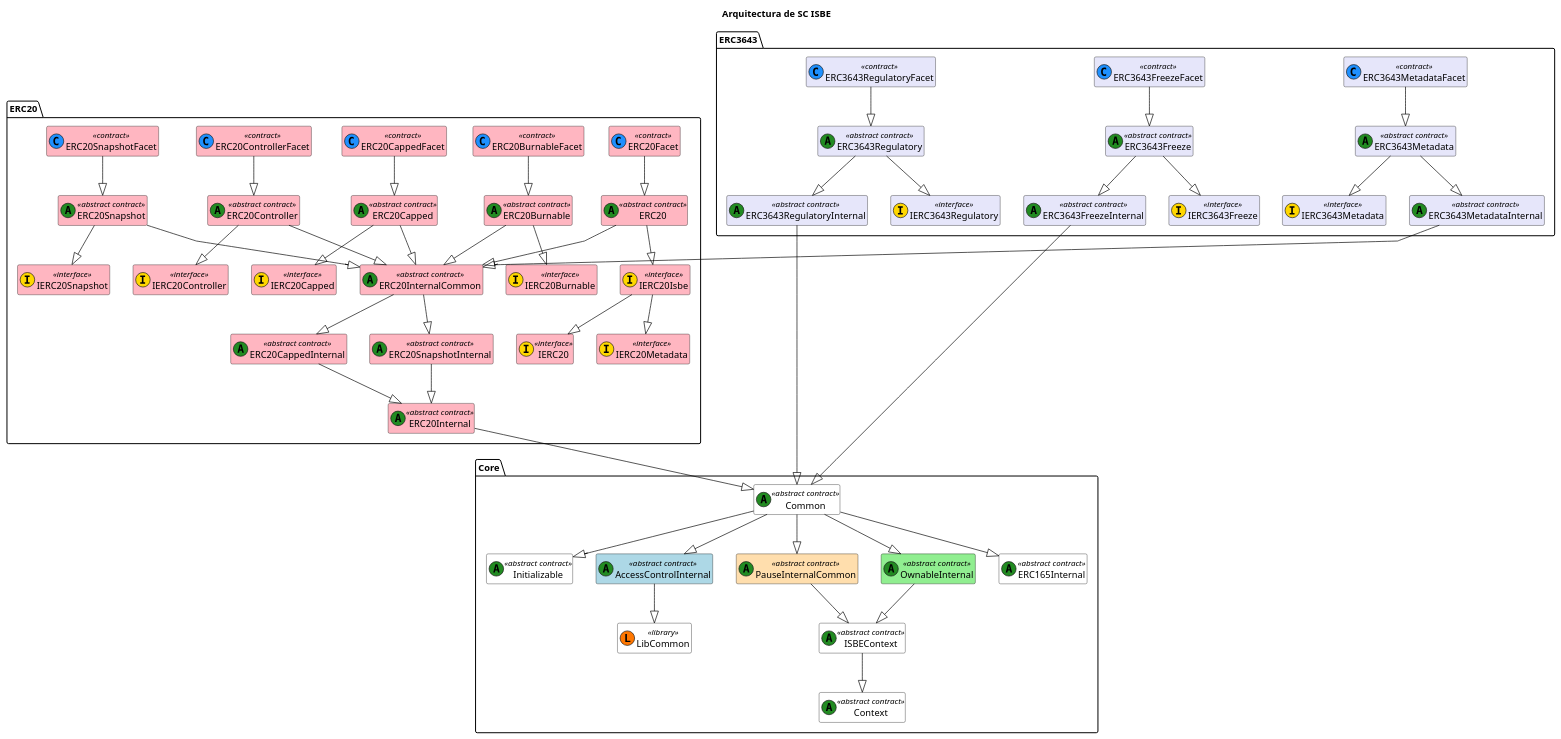
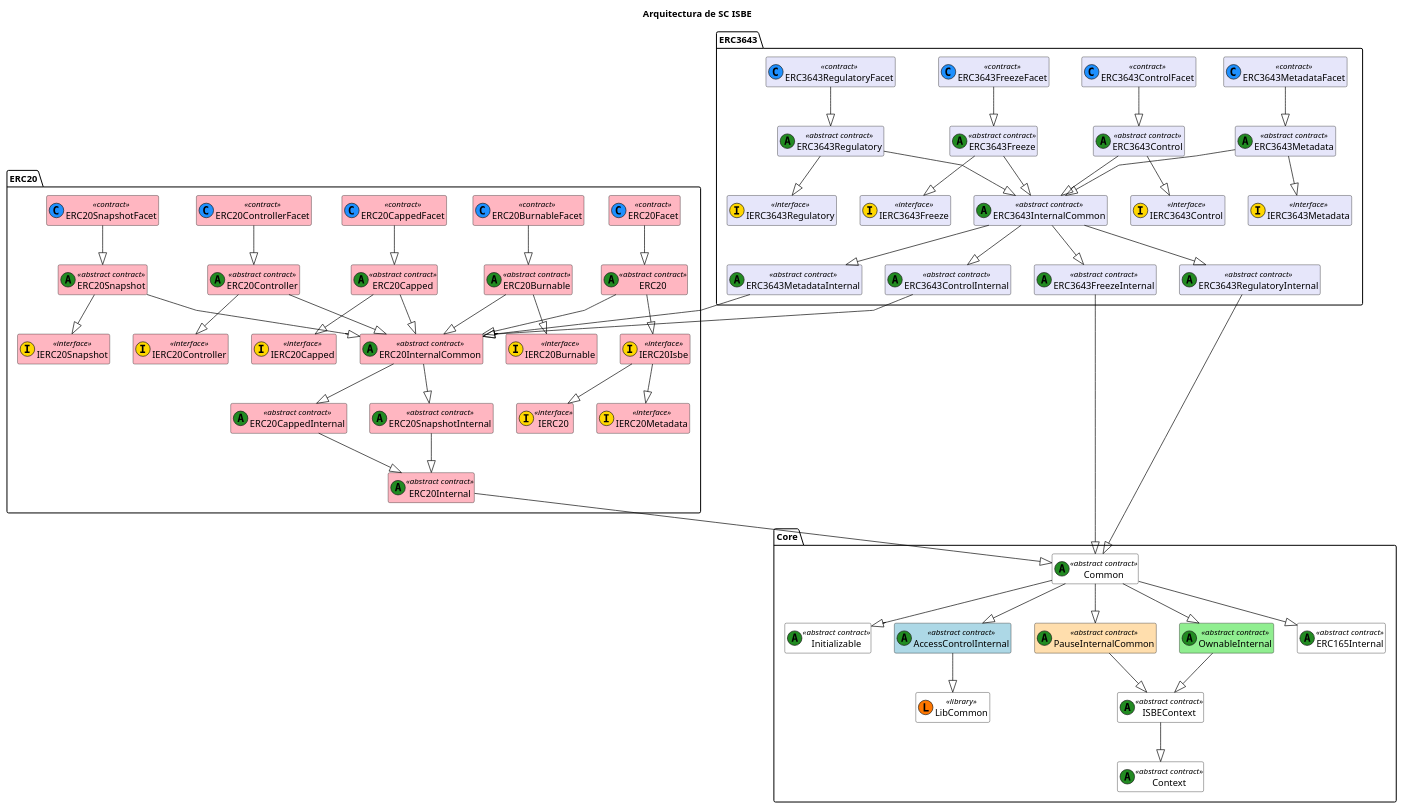
One commit to red-isbe/isbe-contracts changed the diagram in docs/diagrams/ISBE-SC-UML-Global-Functional_3.puml. Above: the diagram before and after it, drawn with PlantUML. The commit also changed 6 other files, not shown here.

Commit message:
Update metadata,regulatory and freeze to extend from erc3643internalcommon

```diff
--- a/docs/diagrams/ISBE-SC-UML-Global-Functional_3.puml
+++ b/docs/diagrams/ISBE-SC-UML-Global-Functional_3.puml
@@ -1,131 +1,149 @@
 @startuml
 title Arquitectura de SC ISBE
 
 skinparam class {
     BackgroundColor White
     ArrowColor Black
     BorderColor Black
 }
 skinparam linetype polyline
 hide empty members
 
 ' === CORE ===
 package "Core" {
     class Initializable <<(A,#228b22) abstract contract>>
     class Common <<(A,#228b22) abstract contract>>
     class LibCommon << (L,#FF7700) library >>
     class ISBEContext <<(A,#228b22) abstract contract>>
     class AccessControlInternal <<(A,#228b22) abstract contract>> #lightblue
     class PauseInternalCommon <<(A,#228b22) abstract contract>> #FFDEAD
     class OwnableInternal <<(A,#228b22) abstract contract>> #lightgreen
     class ERC165Internal <<(A,#228b22) abstract contract>>
     class Context <<(A,#228b22) abstract contract>>
 
     Common --|> Initializable
     Common --|> ERC165Internal
     Common --|> AccessControlInternal
     Common --|> OwnableInternal
     Common --|> PauseInternalCommon
     PauseInternalCommon --|> ISBEContext
     OwnableInternal --|> ISBEContext
     ISBEContext --|> Context
     AccessControlInternal --|> LibCommon
 }
 
 
 ' === ERC20 ===
 package "ERC20" {
     class IERC20 <<(I,#FFD700) interface>> #FFB6C1
     class IERC20Metadata <<(I,#FFD700) interface>> #FFB6C1
     class IERC20Isbe <<(I,#FFD700) interface>> #FFB6C1
     class IERC20Burnable <<(I,#FFD700) interface>> #FFB6C1
     class IERC20Capped <<(I,#FFD700) interface>> #FFB6C1
     class IERC20Controller <<(I,#FFD700) interface>> #FFB6C1
     class IERC20Snapshot <<(I,#FFD700) interface>> #FFB6C1
 
     class ERC20 <<(A,#228B22) abstract contract>> #FFB6C1
     class ERC20Facet <<(C,#1E90FF) contract>> #FFB6C1
     class ERC20Internal <<(A,#228B22) abstract contract>> #FFB6C1
     class ERC20InternalCommon <<(A,#228B22) abstract contract>> #FFB6C1
 
     class ERC20Burnable <<(A,#228B22) abstract contract>> #FFB6C1
     class ERC20BurnableFacet <<(C,#1E90FF) contract>> #FFB6C1
 
     class ERC20Capped <<(A,#228B22) abstract contract>> #FFB6C1
     class ERC20CappedFacet <<(C,#1E90FF) contract>> #FFB6C1
     class ERC20CappedInternal <<(A,#228B22) abstract contract>> #FFB6C1
 
     class ERC20Controller <<(A,#228B22) abstract contract>> #FFB6C1
     class ERC20ControllerFacet <<(C,#1E90FF) contract>> #FFB6C1
 
     class ERC20Snapshot <<(A,#228B22) abstract contract>> #FFB6C1
     class ERC20SnapshotFacet <<(C,#1E90FF) contract>> #FFB6C1
     class ERC20SnapshotInternal <<(A,#228B22) abstract contract>> #FFB6C1
 
     ERC20 --|> IERC20Isbe
     IERC20Isbe --|> IERC20
     IERC20Isbe --|> IERC20Metadata
     ERC20 --|> ERC20InternalCommon
     ERC20InternalCommon --|> ERC20SnapshotInternal
     ERC20InternalCommon --|> ERC20CappedInternal
     ERC20Internal --|> Common
     ERC20Facet --|> ERC20
 
     ERC20Burnable --|> IERC20Burnable
     ERC20Burnable --|> ERC20InternalCommon
     ERC20BurnableFacet --|> ERC20Burnable
 
     ERC20Capped --|> IERC20Capped
     ERC20Capped --|> ERC20InternalCommon
     ERC20CappedFacet --|> ERC20Capped
     ERC20CappedInternal --|> ERC20Internal
 
     ERC20Controller --|> IERC20Controller
     ERC20Controller --|> ERC20InternalCommon
     ERC20ControllerFacet --|> ERC20Controller
 
     ERC20Snapshot --|> IERC20Snapshot
     ERC20Snapshot --|> ERC20InternalCommon
     ERC20SnapshotFacet --|> ERC20Snapshot
     ERC20SnapshotInternal --|> ERC20Internal
 }
 
 ' === ERC3643 ===
 package "ERC3643" {
 
+    class ERC3643InternalCommon <<(A,#228B22) abstract contract>> #E6E6FA
+
+
     ' --- Metadata ---
     class IERC3643Metadata <<(I,#FFD700) interface>> #E6E6FA
     class ERC3643MetadataInternal <<(A,#228B22) abstract contract>> #E6E6FA
     class ERC3643Metadata <<(A,#228B22) abstract contract>> #E6E6FA
     class ERC3643MetadataFacet <<(C,#1E90FF) contract>> #E6E6FA
 
+    ERC3643MetadataFacet --|> ERC3643Metadata 
     ERC3643Metadata --|> IERC3643Metadata 
-    ERC3643Metadata --|> ERC3643MetadataInternal 
-    ERC3643MetadataFacet --|> ERC3643Metadata 
+    ERC3643Metadata --|> ERC3643InternalCommon    
+    ERC3643InternalCommon --|> ERC3643MetadataInternal 
     ERC3643MetadataInternal --|> ERC20InternalCommon 
+
+    ' --- Control ---
+    class IERC3643Control <<(I,#FFD700) interface>> #E6E6FA
+    class ERC3643ControlInternal <<(A,#228B22) abstract contract>> #E6E6FA
+    class ERC3643Control <<(A,#228B22) abstract contract>> #E6E6FA
+    class ERC3643ControlFacet <<(C,#1E90FF) contract>> #E6E6FA
+
+    ERC3643ControlFacet --|> ERC3643Control
+    ERC3643Control --|> IERC3643Control 
+    ERC3643Control --|> ERC3643InternalCommon    
+    ERC3643InternalCommon --|> ERC3643ControlInternal 
+    ERC3643ControlInternal --|> ERC20InternalCommon 
 
     ' --- Freeze ---
     class IERC3643Freeze <<(I,#FFD700) interface>> #E6E6FA
     class ERC3643FreezeInternal <<(A,#228B22) abstract contract>> #E6E6FA
     class ERC3643Freeze <<(A,#228B22) abstract contract>> #E6E6FA
     class ERC3643FreezeFacet <<(C,#1E90FF) contract>> #E6E6FA
 
+    ERC3643FreezeFacet --|> ERC3643Freeze
     ERC3643Freeze --|> IERC3643Freeze
-    ERC3643Freeze --|> ERC3643FreezeInternal
-    ERC3643FreezeFacet --|> ERC3643Freeze
+    ERC3643Freeze --|> ERC3643InternalCommon    
+    ERC3643InternalCommon --|> ERC3643FreezeInternal
     ERC3643FreezeInternal --|> Common
     
     ' --- Regulatory Infrastructure ---
     class IERC3643Regulatory <<(I,#FFD700) interface>> #E6E6FA
     class ERC3643RegulatoryInternal <<(A,#228B22) abstract contract>> #E6E6FA
     class ERC3643Regulatory <<(A,#228B22) abstract contract>> #E6E6FA
     class ERC3643RegulatoryFacet <<(C,#1E90FF) contract>> #E6E6FA
-
+    
+    ERC3643RegulatoryFacet --|> ERC3643Regulatory
     ERC3643Regulatory --|> IERC3643Regulatory
-    ERC3643Regulatory --|> ERC3643RegulatoryInternal
-    ERC3643RegulatoryFacet --|> ERC3643Regulatory
+    ERC3643Regulatory --|> ERC3643InternalCommon    
+    ERC3643InternalCommon --|> ERC3643RegulatoryInternal
     ERC3643RegulatoryInternal --|> Common
 
     
 }
 @enduml
```
